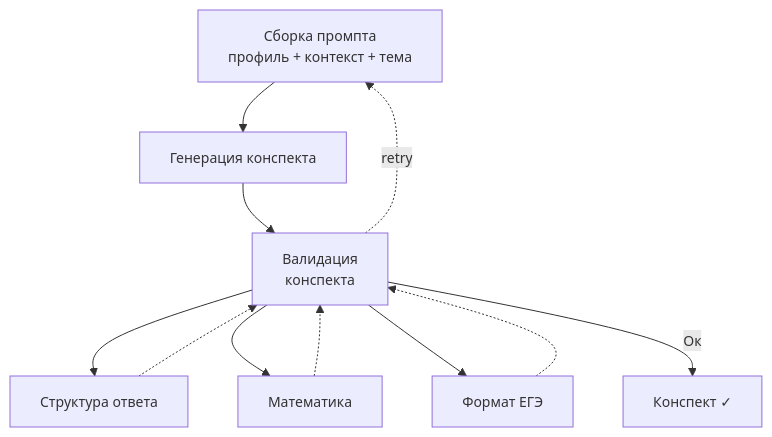
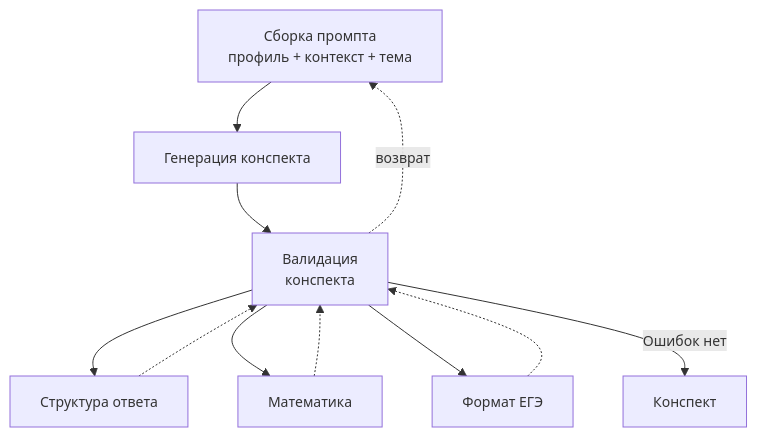
The diagram in doc/presentation/diagrams/generation-verify.mmd (KuBaN658/UEAT), drawn with Mermaid before and after one commit.

Commit message:
fix agent scheme

```diff
--- a/doc/presentation/diagrams/generation-verify.mmd
+++ b/doc/presentation/diagrams/generation-verify.mmd
@@ -1,19 +1,19 @@
 %%{init: {'themeVariables': { 'fontSize': '14px'}}}%%
 flowchart TB
   P["Сборка промпта<br/>профиль + контекст + тема"]
   L[Генерация конспекта]
   V[Валидация
   конспекта]
   V1["Структура ответа"]
   V2["Математика"]
   V3["Формат ЕГЭ"]
-  Out["Конспект ✓"]
+  Out["Конспект"]
   P --> L --> V
-  V -.->|retry| P
+  V -.->|возврат| P
   V --> V1
   V1 -.-> V
   V --> V2
   V2 -.-> V
   V --> V3
   V3 -.-> V
-  V -->|Ок| Out
+  V -->|Ошибок нет| Out
```
